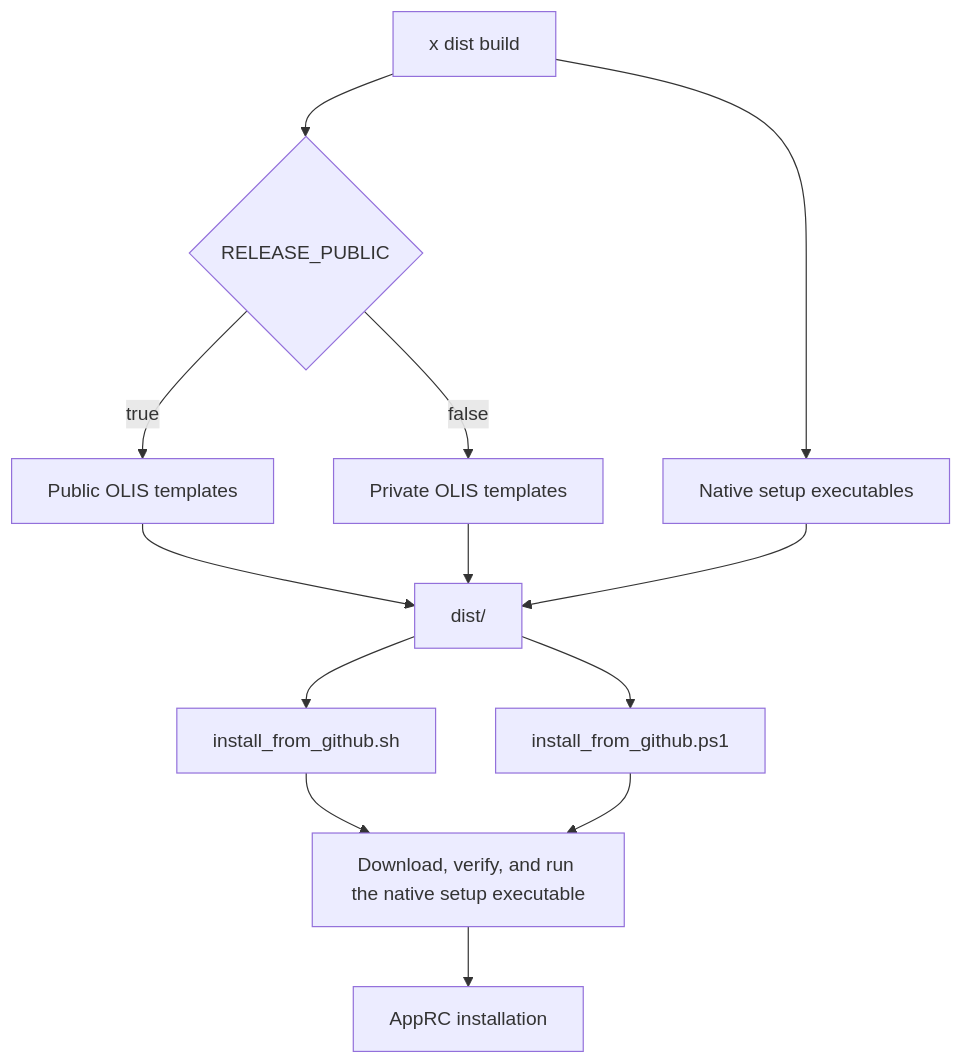
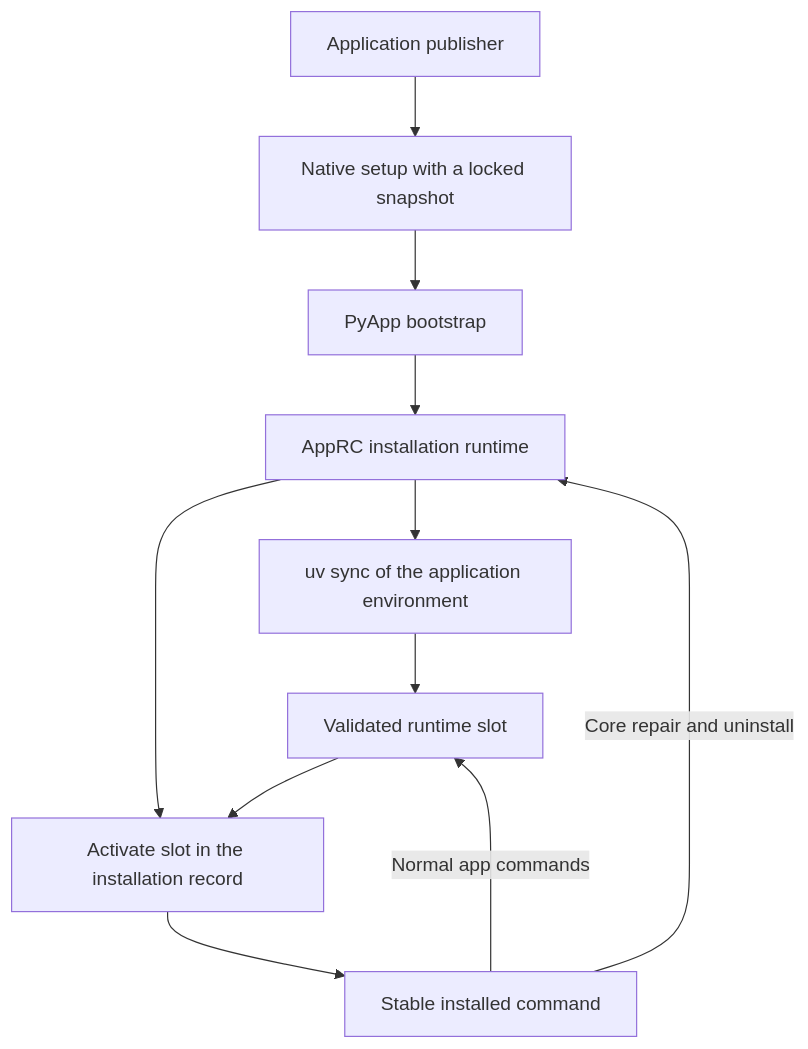
The seventh of 8 diagrams in docs/Explanations.md (HisQu/apprc), drawn with Mermaid before and after one commit. The commit also changed other lines of this file and 8 other files, not shown here.

First line of the commit message:
docs: 📝 guide readers through AppRC installation and use

````diff
--- a/docs/Explanations.md
+++ b/docs/Explanations.md
@@ -665,15 +795,14 @@
 ```mermaid
 flowchart TD
-    A["x dist build"] --> B{"RELEASE_PUBLIC"}
-    B -->|true| C["Public OLIS templates"]
-    B -->|false| D["Private OLIS templates"]
-    C --> E["dist/"]
-    D --> E
-    A --> N["Native setup executables"]
-    N --> E
-    E --> F["install_from_github.sh"]
-    E --> G["install_from_github.ps1"]
-    F --> H["Download, verify, and run the native setup executable"]
-    G --> H
-    H --> I["AppRC installation"]
+    accTitle: Components of a release installation
+    Publisher["Application publisher"] --> Setup["Native setup with a locked snapshot"]
+    Setup --> Bootstrap["PyApp bootstrap"]
+    Bootstrap --> Runtime["AppRC installation runtime"]
+    Runtime --> UV["uv sync of the application environment"]
+    UV --> Slot["Validated runtime slot"]
+    Runtime --> Authority["Activate slot in the installation record"]
+    Slot --> Authority
+    Authority --> Command["Stable installed command"]
+    Command -->|Normal app commands| Slot
+    Command -->|Core repair and uninstall| Runtime
 ```
````
